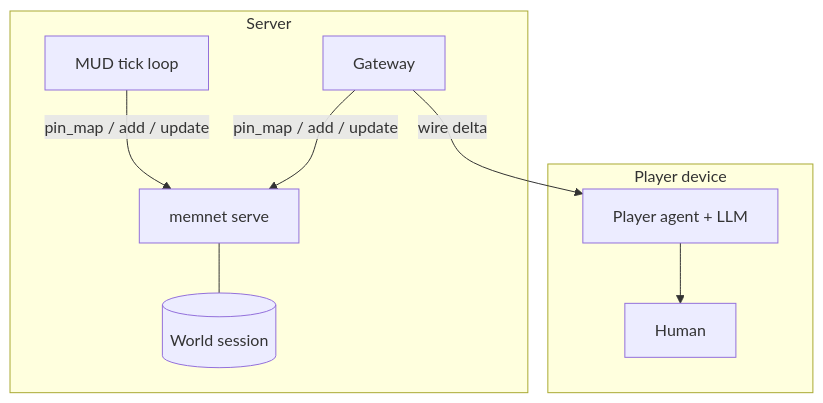
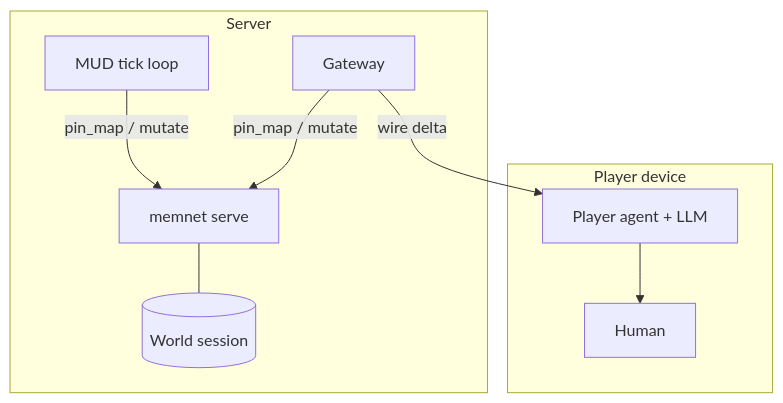
One commit to chouswei/MemNet changed the diagram in docs/application-notes/llm-mud.md. Above: the diagram before and after it, drawn with Mermaid. The commit also changed other lines of this file and 36 other files, not shown here.

First line of the commit message:
fix: leftover façade honesty — product mutate, cue pin_map

````diff
--- a/docs/application-notes/llm-mud.md
+++ b/docs/application-notes/llm-mud.md
@@ -24,18 +24,18 @@
 ```mermaid
 flowchart TB
   subgraph server_host [Server]
     Serve[memnet serve]
     Graph[(World session)]
     Tick[MUD tick loop]
     GW[Gateway]
     Serve --- Graph
-    Tick -->|"pin_map / add / update"| Serve
-    GW -->|"pin_map / add / update"| Serve
+    Tick -->|"pin_map / mutate"| Serve
+    GW -->|"pin_map / mutate"| Serve
   end
   subgraph client_host [Player device]
     PA[Player agent + LLM]
     Human[Human]
     PA --> Human
     GW -->|"wire delta"| PA
   end
 ```
````
